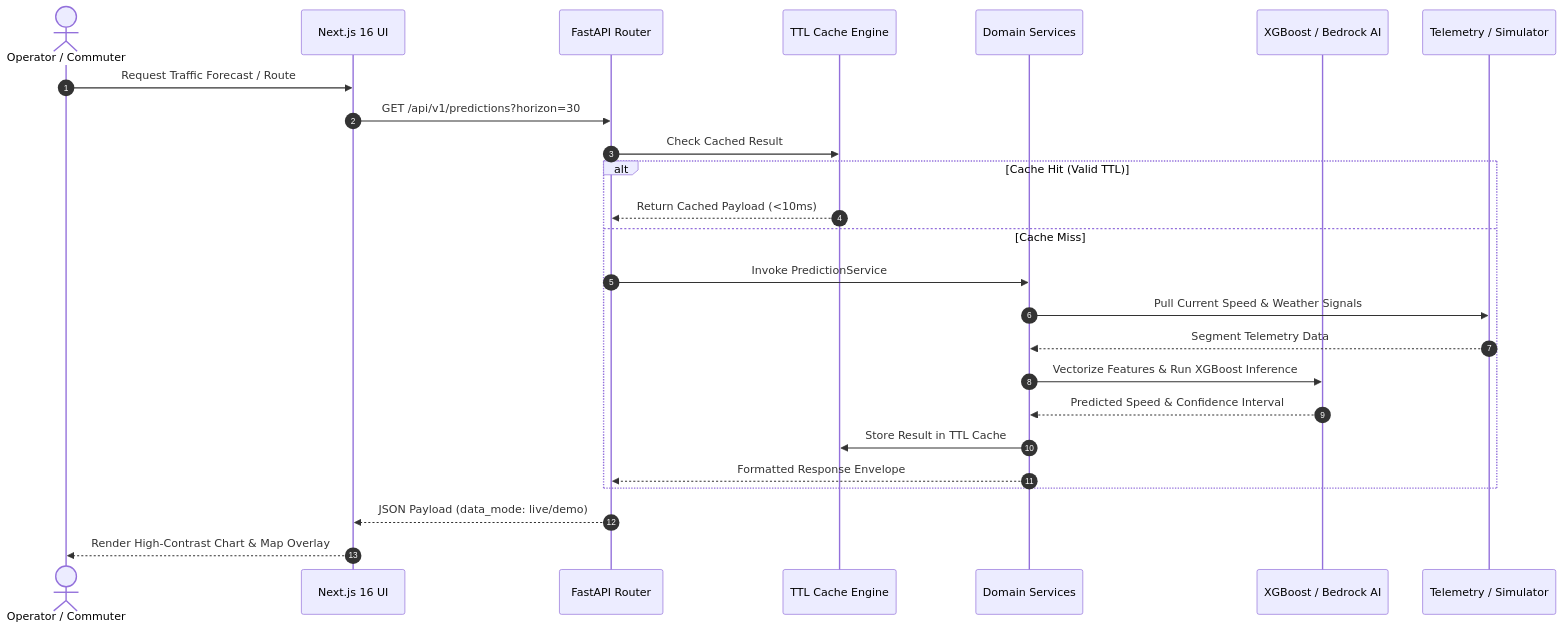
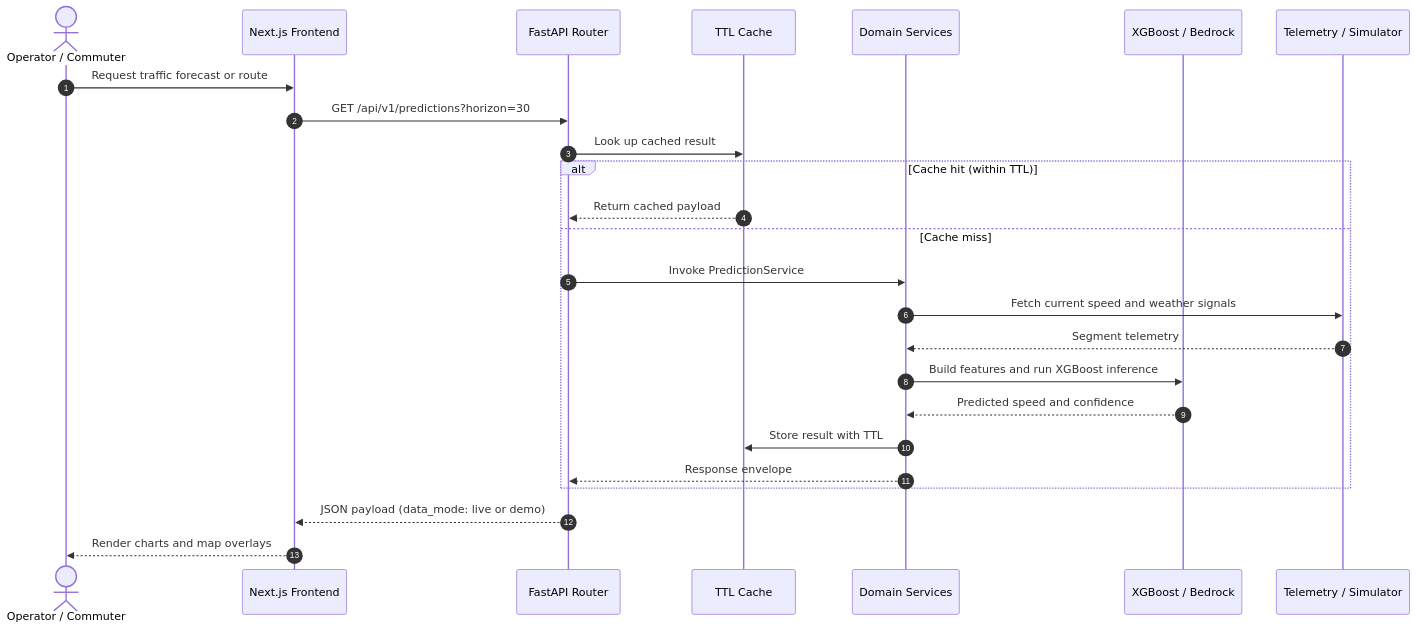
The third of 3 diagrams in README.md (Shashwat-19/TrafficSense-AI), drawn with Mermaid before and after one commit. The commit also changed other lines of this file, not shown here.

Commit message:
rewrite README with current architecture

````diff
--- a/README.md
+++ b/README.md
@@ -163,28 +204,28 @@
 ```mermaid
 sequenceDiagram
     autonumber
     actor Operator as Operator / Commuter
-    participant UI as Next.js 16 UI
+    participant UI as Next.js Frontend
     participant Gateway as FastAPI Router
-    participant Cache as TTL Cache Engine
+    participant Cache as TTL Cache
     participant Service as Domain Services
-    participant ML as XGBoost / Bedrock AI
+    participant ML as XGBoost / Bedrock
     participant Telemetry as Telemetry / Simulator
 
-    Operator->>UI: Request Traffic Forecast / Route
+    Operator->>UI: Request traffic forecast or route
     UI->>Gateway: GET /api/v1/predictions?horizon=30
-    Gateway->>Cache: Check Cached Result
-    alt Cache Hit (Valid TTL)
-        Cache-->>Gateway: Return Cached Payload (<10ms)
-    else Cache Miss
+    Gateway->>Cache: Look up cached result
+    alt Cache hit (within TTL)
+        Cache-->>Gateway: Return cached payload
+    else Cache miss
         Gateway->>Service: Invoke PredictionService
-        Service->>Telemetry: Pull Current Speed & Weather Signals
-        Telemetry-->>Service: Segment Telemetry Data
-        Service->>ML: Vectorize Features & Run XGBoost Inference
-        ML-->>Service: Predicted Speed & Confidence Interval
-        Service->>Cache: Store Result in TTL Cache
-        Service-->>Gateway: Formatted Response Envelope
+        Service->>Telemetry: Fetch current speed and weather signals
+        Telemetry-->>Service: Segment telemetry
+        Service->>ML: Build features and run XGBoost inference
+        ML-->>Service: Predicted speed and confidence
+        Service->>Cache: Store result with TTL
+        Service-->>Gateway: Response envelope
     end
-    Gateway-->>UI: JSON Payload (data_mode: live/demo)
-    UI-->>Operator: Render High-Contrast Chart & Map Overlay
+    Gateway-->>UI: JSON payload (data_mode: live or demo)
+    UI-->>Operator: Render charts and map overlays
 ```
````
